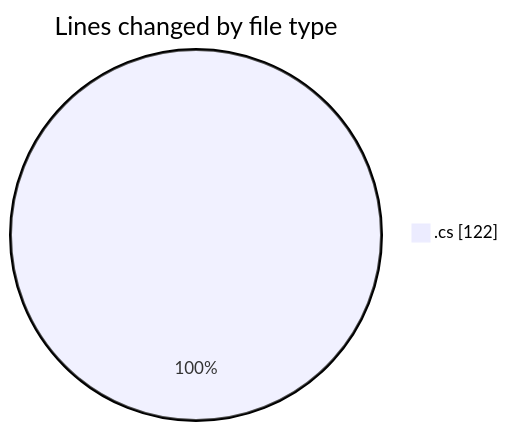
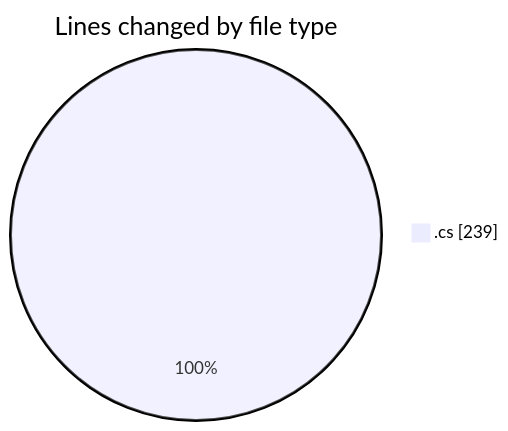
The first of 2 diagrams in 2025-04-06/back-end/README.md (Netris89/code-tracking), drawn with Mermaid before and after one commit. The commit also changed other lines of this file and 1 other file, not shown here.

````diff
--- a/2025-04-06/back-end/README.md
+++ b/2025-04-06/back-end/README.md
@@ -21,5 +23,5 @@
 ```mermaid
 pie showData
 title Lines changed by file type
-".cs" : 122
+".cs" : 239
 ```
````
